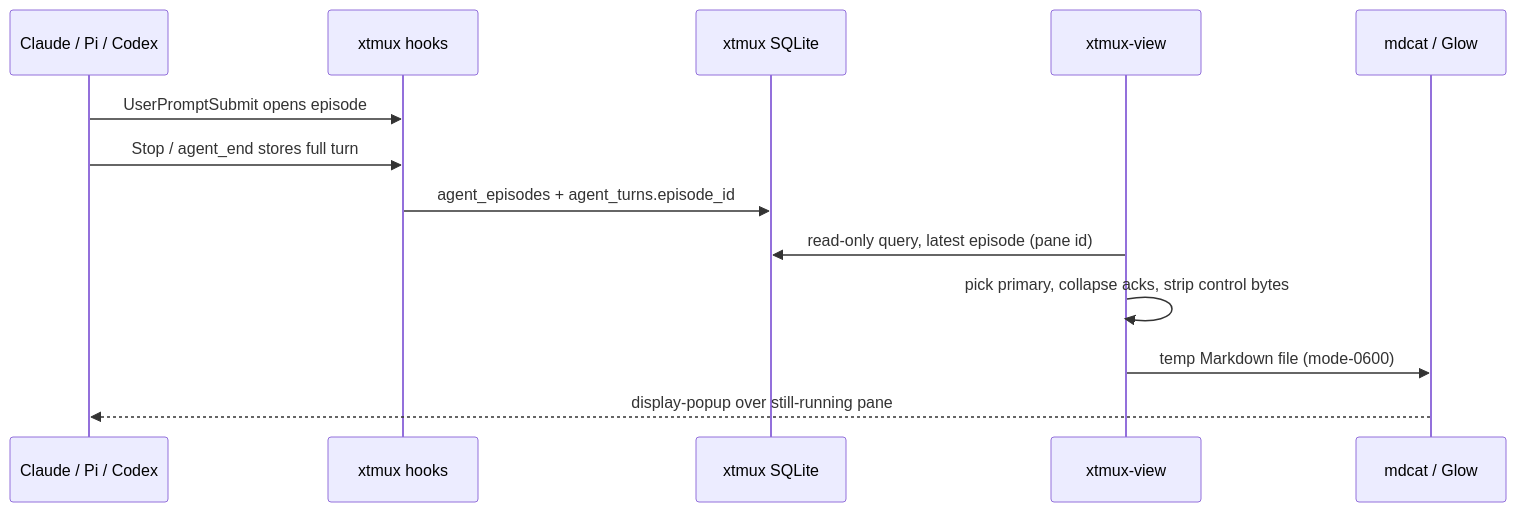
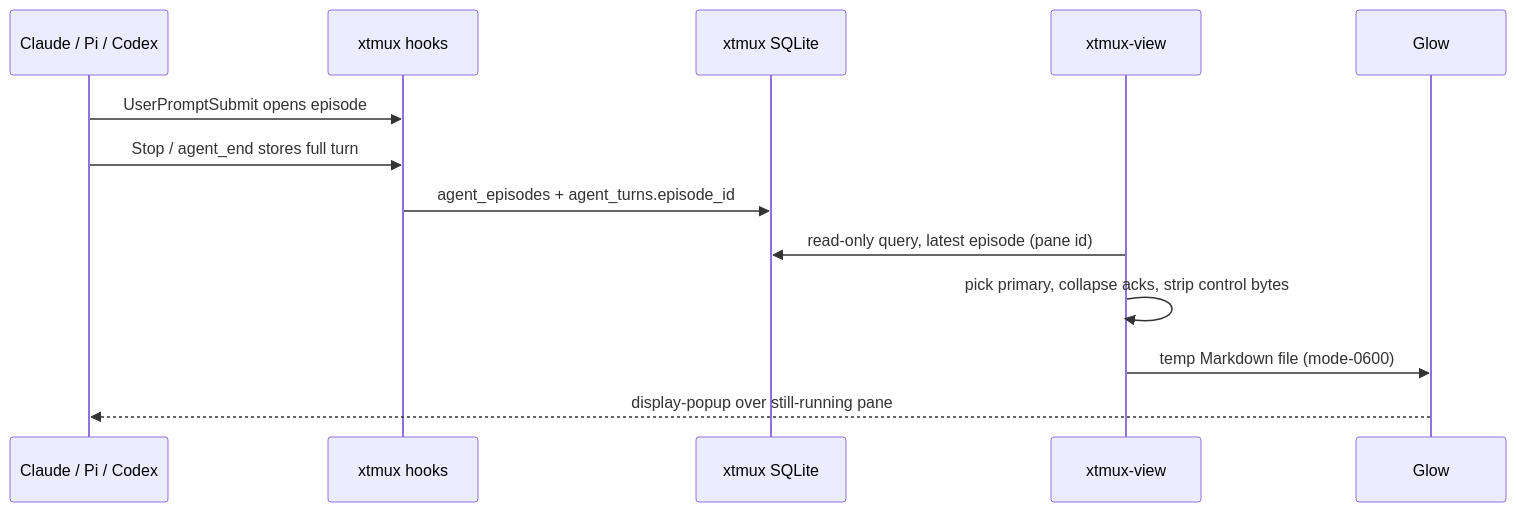
The second of 2 diagrams in packages/xtmux-view/README.md (Jaggerxtrm/xtmux), drawn with Mermaid before and after one commit. The commit also changed other lines of this file and 4 other files, not shown here.

First line of the commit message:
revert(view): drop mdcat renderer backend, restore glow

````diff
--- a/packages/xtmux-view/README.md
+++ b/packages/xtmux-view/README.md
@@ -29,16 +29,16 @@
 ```mermaid
 sequenceDiagram
     participant Agent as Claude / Pi / Codex
     participant Hooks as xtmux hooks
     participant DB as xtmux SQLite
     participant View as xtmux-view
-    participant Renderer as mdcat / Glow
+    participant Renderer as Glow
 
     Agent->>Hooks: UserPromptSubmit opens episode
     Agent->>Hooks: Stop / agent_end stores full turn
     Hooks->>DB: agent_episodes + agent_turns.episode_id
     View->>DB: read-only query, latest episode (pane id)
     View->>View: pick primary, collapse acks, strip control bytes
     View->>Renderer: temp Markdown file (mode-0600)
     Renderer-->>Agent: display-popup over still-running pane
 ```
````
